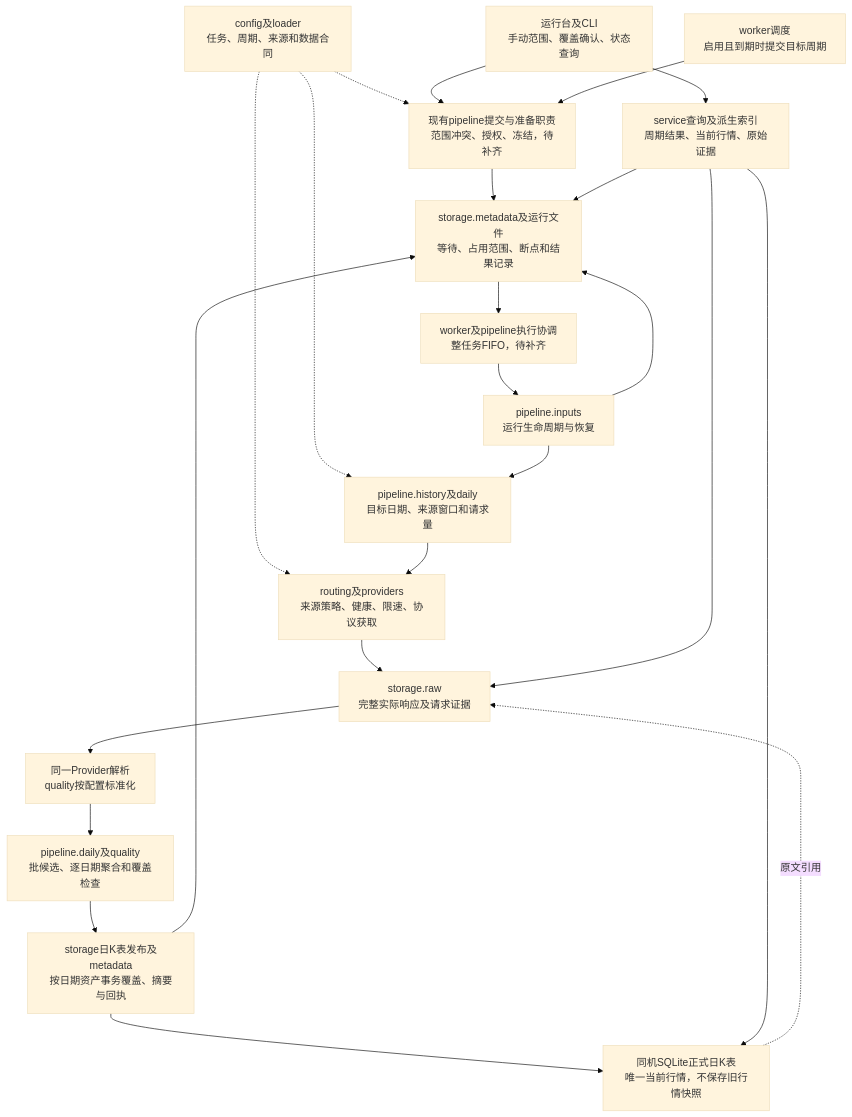
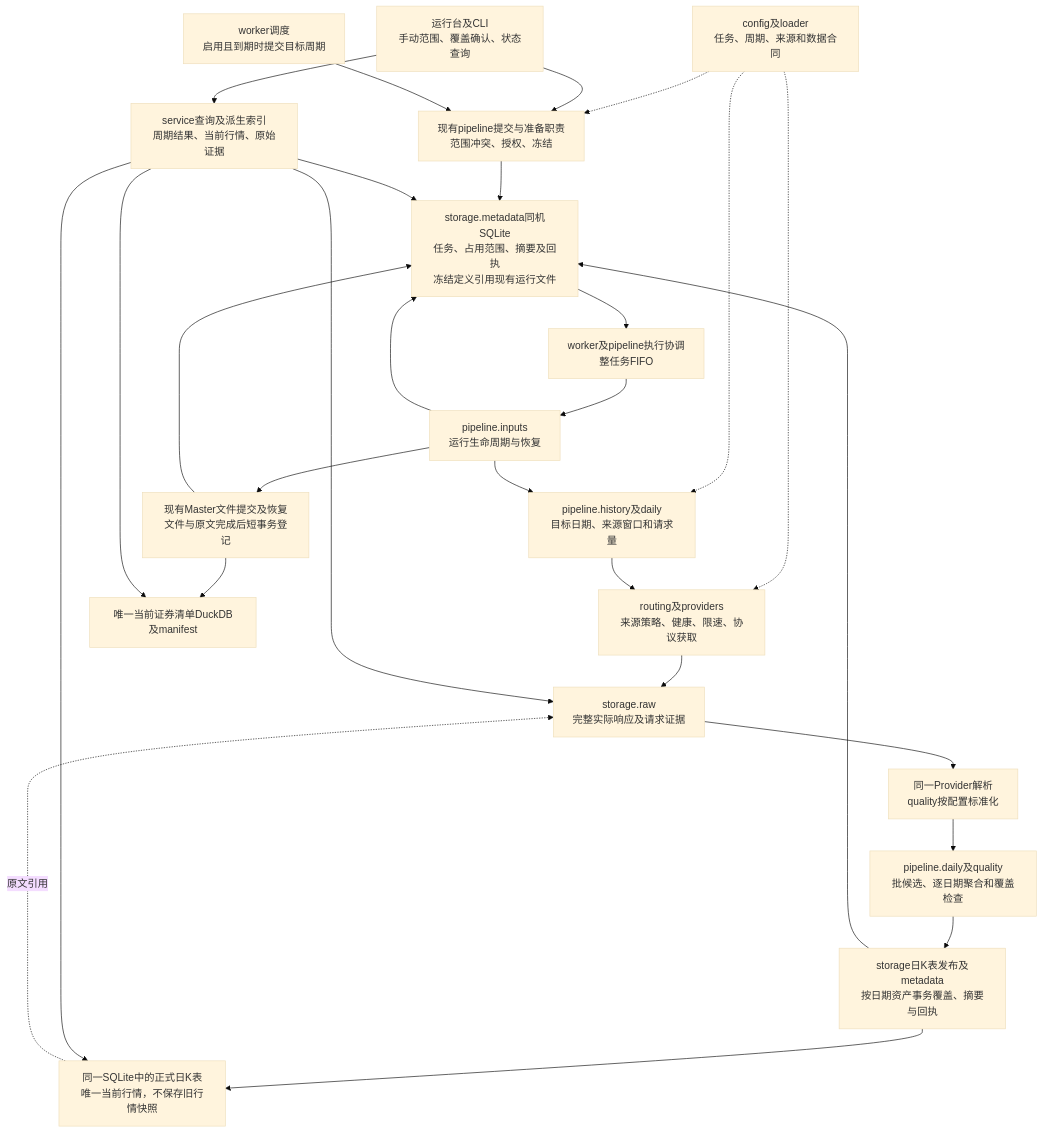
One commit to fewhg3yhjt/stock_data_manage changed the first of 3 diagrams in STOCK_ANALYSIS_V2_MARKET_DATA_CENTER_ARCHITECTURE_V1.md. Above: the diagram before and after it, drawn with Mermaid (base theme). The commit also changed other lines of this file and 15 other files, not shown here.

````diff
--- a/STOCK_ANALYSIS_V2_MARKET_DATA_CENTER_ARCHITECTURE_V1.md
+++ b/STOCK_ANALYSIS_V2_MARKET_DATA_CENTER_ARCHITECTURE_V1.md
@@ -121,25 +121,29 @@
 ```mermaid
 flowchart TB
     CFG[config及loader<br/>任务、周期、来源和数据合同] -.-> SUB
     CFG -.-> PLAN
     CFG -.-> ACQ
-    UI[运行台及CLI<br/>手动范围、覆盖确认、状态查询] --> SUB[现有pipeline提交与准备职责<br/>范围冲突、授权、冻结，待补齐]
+    UI[运行台及CLI<br/>手动范围、覆盖确认、状态查询] --> SUB[现有pipeline提交与准备职责<br/>范围冲突、授权、冻结]
     SCH[worker调度<br/>启用且到期时提交目标周期] --> SUB
-    SUB --> META[storage.metadata及运行文件<br/>等待、占用范围、断点和结果记录]
-    META --> FIFO[worker及pipeline执行协调<br/>整任务FIFO，待补齐]
+    SUB --> META[storage.metadata同机SQLite<br/>任务、占用范围、摘要及回执<br/>冻结定义引用现有运行文件]
+    META --> FIFO[worker及pipeline执行协调<br/>整任务FIFO]
     FIFO --> TASK[pipeline.inputs<br/>运行生命周期与恢复]
     TASK --> PLAN[pipeline.history及daily<br/>目标日期、来源窗口和请求量]
     PLAN --> ACQ[routing及providers<br/>来源策略、健康、限速、协议获取]
     ACQ --> RAW[storage.raw<br/>完整实际响应及请求证据]
     RAW --> PARSE[同一Provider解析<br/>quality按配置标准化]
     PARSE --> BUILD[pipeline.daily及quality<br/>批候选、逐日期聚合和覆盖检查]
     BUILD --> PUB[storage日K表发布及metadata<br/>按日期资产事务覆盖、摘要与回执]
-    PUB --> CAN[同机SQLite正式日K表<br/>唯一当前行情，不保存旧行情快照]
+    PUB --> CAN[同一SQLite中的正式日K表<br/>唯一当前行情，不保存旧行情快照]
+    TASK --> MPUB[现有Master文件提交及恢复<br/>文件与原文完成后短事务登记]
+    MPUB --> MASTER[唯一当前证券清单DuckDB及manifest]
+    MPUB --> META
     TASK --> META
     PUB --> META
     CAN -. 原文引用 .-> RAW
     UI --> QUERY[service查询及派生索引<br/>周期结果、当前行情、原始证据]
     QUERY --> CAN
     QUERY --> META
+    QUERY --> MASTER
     QUERY --> RAW
 ```
````
